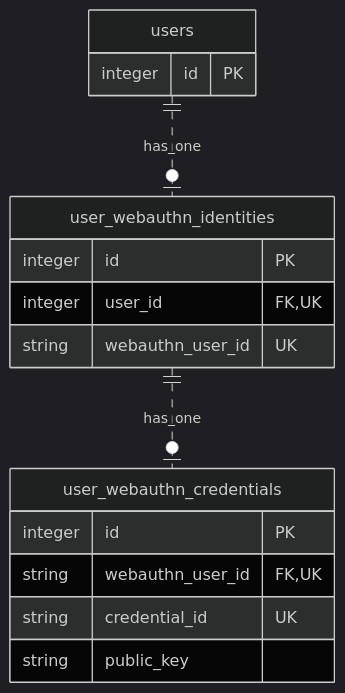
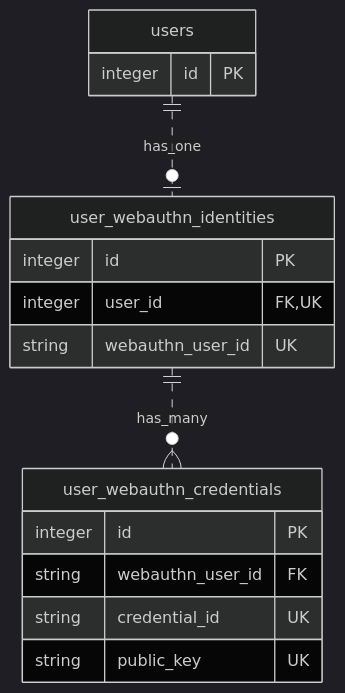
One commit to koyo-miyamura/webauthn-rails-api-sample changed the diagram in doc/design.md. Above: the diagram before and after it, drawn with Mermaid (dark theme). The commit also changed other lines of this file and 9 other files, not shown here.

````diff
--- a/doc/design.md
+++ b/doc/design.md
@@ -11,22 +11,22 @@
 ```mermaid
 erDiagram
     users ||..o| user_webauthn_identities : has_one
-    user_webauthn_identities ||..o| user_webauthn_credentials : has_one
+    user_webauthn_identities ||..o{ user_webauthn_credentials : has_many
 
     users {
         integer id PK
     }
 
     user_webauthn_identities {
         integer id PK
         integer user_id FK,UK
         string webauthn_user_id UK
     }
 
     user_webauthn_credentials {
         integer id PK
-        string webauthn_user_id FK,UK
+        string webauthn_user_id FK
         string credential_id UK
-        string public_key
+        string public_key UK
     }
 ```
````
